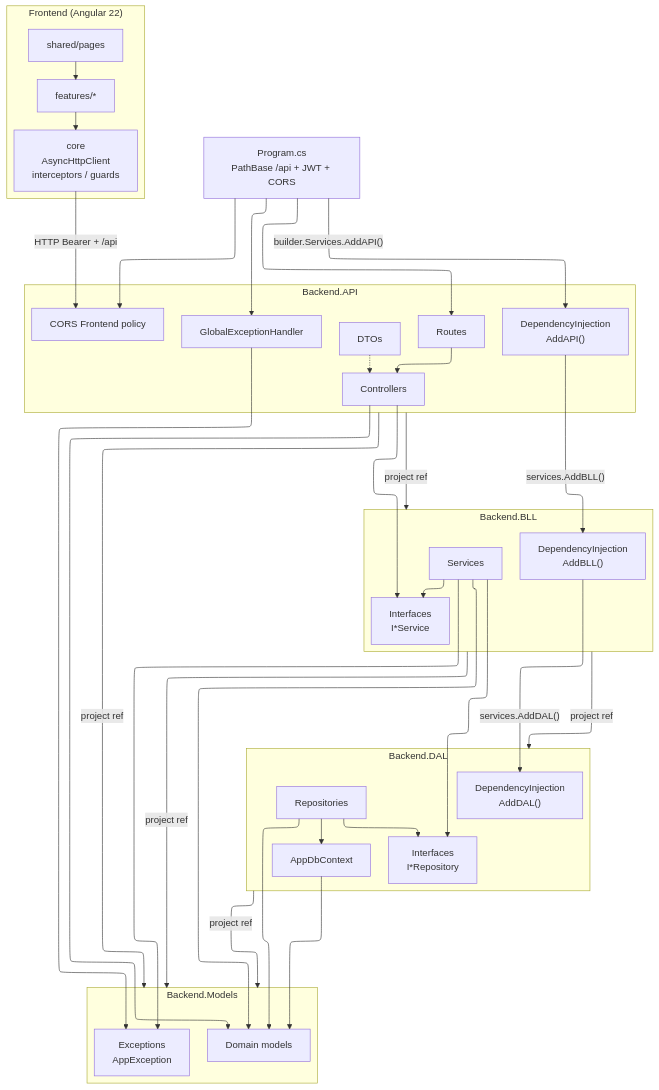
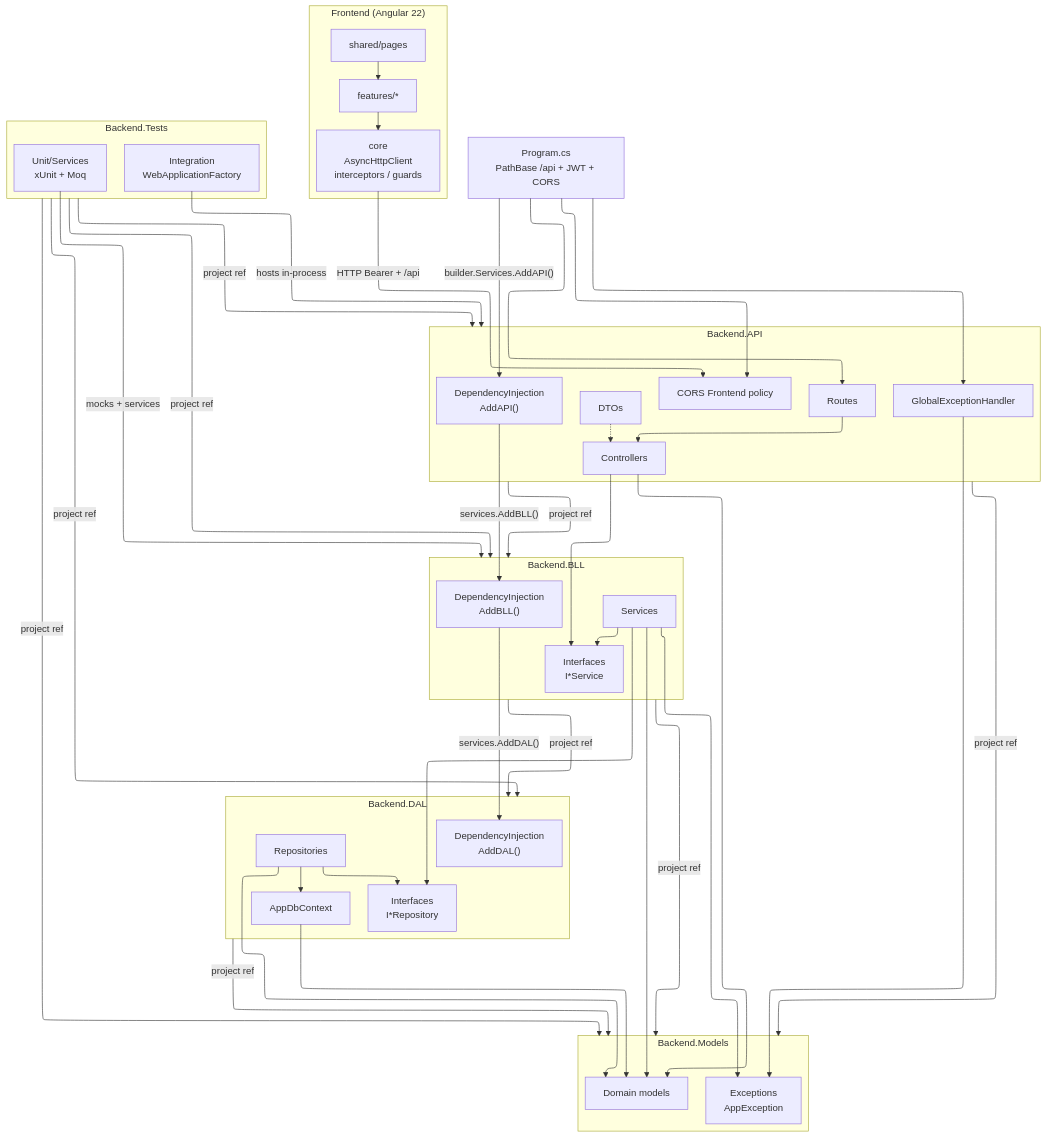
The diagram in Documentation/Dependencies.md (floalzaix/AlfredBackend), drawn with Mermaid before and after one commit. The commit also changed 16 other files, not shown here.

Commit message:
[AI] Added the tests architecture and for auth

````diff
--- a/Documentation/Dependencies.md
+++ b/Documentation/Dependencies.md
@@ -39,6 +39,11 @@
         Exceptions["Exceptions<br/>AppException"]
     end
 
+    subgraph Tests["Backend.Tests"]
+        UnitTests["Unit/Services<br/>xUnit + Moq"]
+        IntegrationTests["Integration<br/>WebApplicationFactory"]
+    end
+
     Program["Program.cs<br/>PathBase /api + JWT + CORS"]
 
     Pages --> Features
@@ -72,4 +77,11 @@
     BLL -->|"project ref"| DAL
     BLL -->|"project ref"| Models
     DAL -->|"project ref"| Models
+
+    UnitTests -->|"mocks + services"| BLL
+    IntegrationTests -->|"hosts in-process"| API
+    Tests -->|"project ref"| API
+    Tests -->|"project ref"| BLL
+    Tests -->|"project ref"| DAL
+    Tests -->|"project ref"| Models
 ```
````
